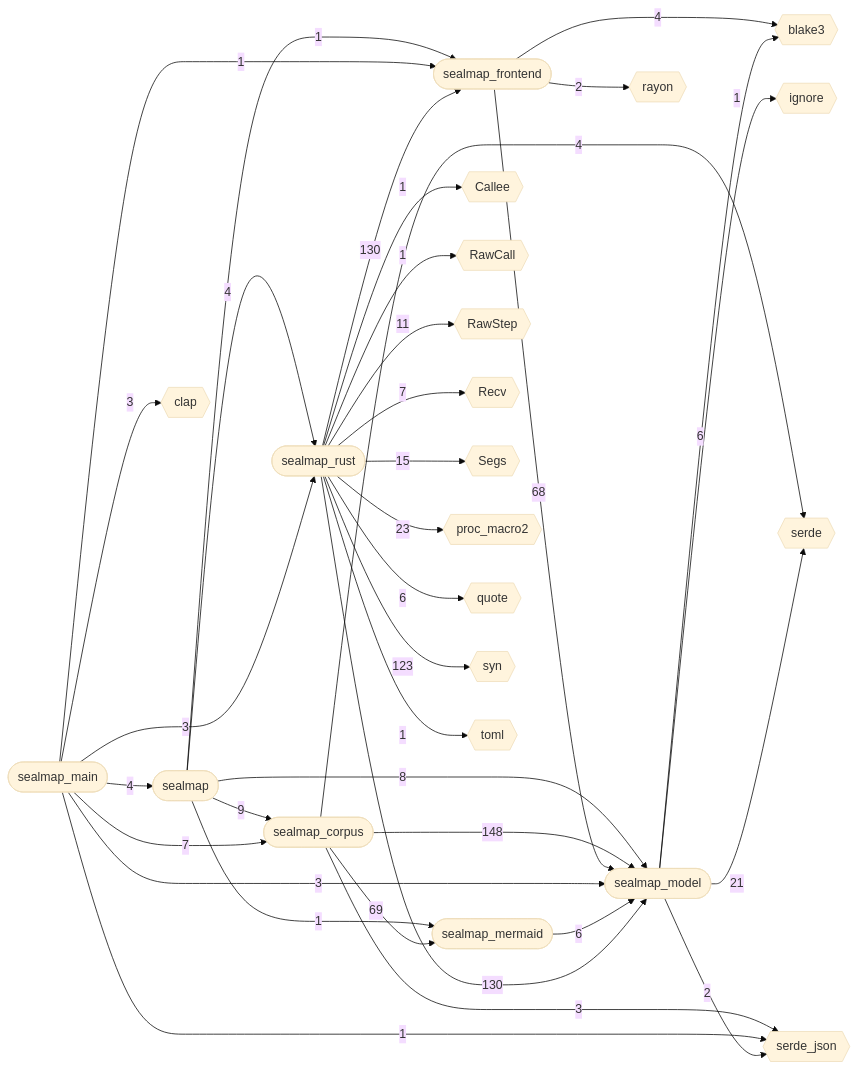
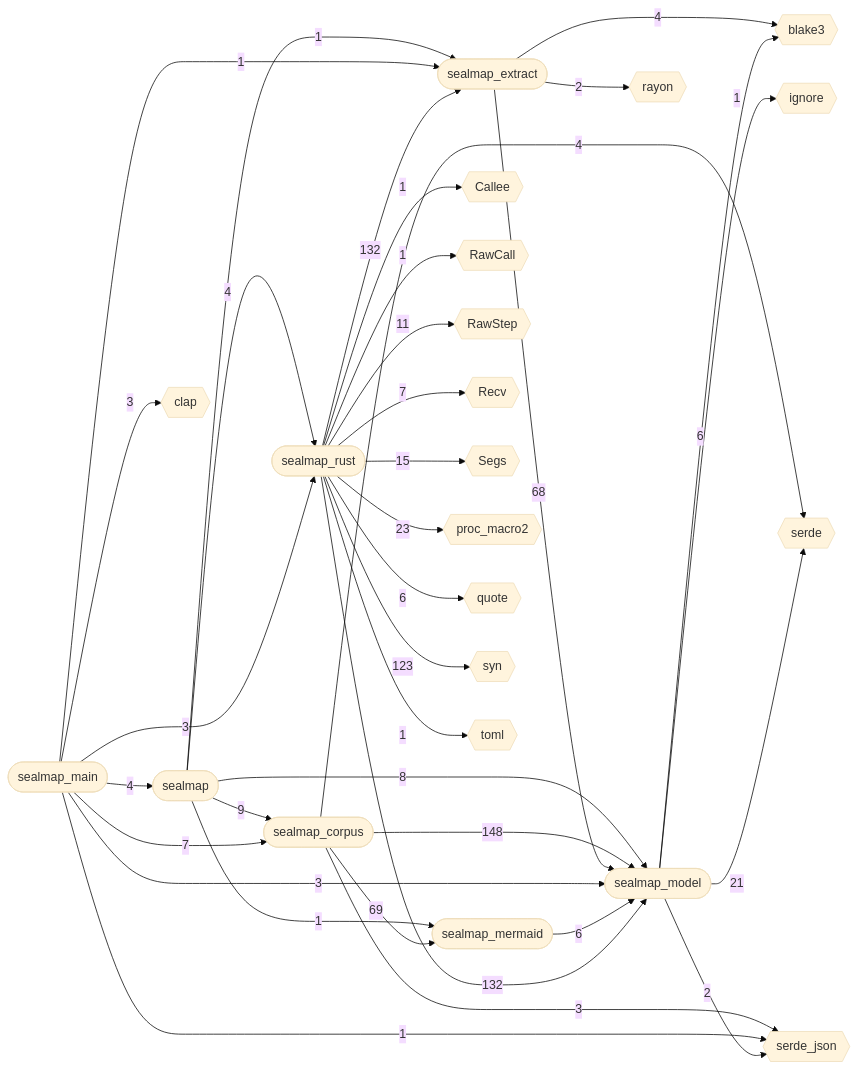
The first of 12 diagrams in docs/sealmap/_overview.md (DreamLab-AI/codemaid), drawn with Mermaid (base theme) before and after one commit. The commit also changed other lines of this file and 29 other files, not shown here.

````diff
--- a/docs/sealmap/_overview.md
+++ b/docs/sealmap/_overview.md
@@ -10,60 +10,60 @@
 ```mermaid
 flowchart LR
   sealmap(["sealmap"])
   sealmap_corpus(["sealmap_corpus"])
-  sealmap_frontend(["sealmap_frontend"])
+  sealmap_extract(["sealmap_extract"])
   sealmap_main(["sealmap_main"])
   sealmap_mermaid(["sealmap_mermaid"])
   sealmap_model(["sealmap_model"])
   sealmap_rust(["sealmap_rust"])
   Callee{{"Callee"}}
   RawCall{{"RawCall"}}
   RawStep{{"RawStep"}}
   Recv{{"Recv"}}
   Segs{{"Segs"}}
   blake3{{"blake3"}}
   clap{{"clap"}}
   ignore{{"ignore"}}
   proc_macro2{{"proc_macro2"}}
   quote{{"quote"}}
   rayon{{"rayon"}}
   serde{{"serde"}}
   serde_json{{"serde_json"}}
   syn{{"syn"}}
   toml{{"toml"}}
   sealmap -->|"9"| sealmap_corpus
-  sealmap -->|"1"| sealmap_frontend
+  sealmap -->|"1"| sealmap_extract
   sealmap -->|"1"| sealmap_mermaid
   sealmap -->|"8"| sealmap_model
   sealmap -->|"4"| sealmap_rust
   sealmap_corpus -->|"69"| sealmap_mermaid
   sealmap_corpus -->|"148"| sealmap_model
   sealmap_corpus -->|"4"| serde
   sealmap_corpus -->|"3"| serde_json
-  sealmap_frontend -->|"4"| blake3
-  sealmap_frontend -->|"2"| rayon
-  sealmap_frontend -->|"68"| sealmap_model
+  sealmap_extract -->|"4"| blake3
+  sealmap_extract -->|"2"| rayon
+  sealmap_extract -->|"68"| sealmap_model
   sealmap_main -->|"3"| clap
   sealmap_main -->|"4"| sealmap
   sealmap_main -->|"7"| sealmap_corpus
-  sealmap_main -->|"1"| sealmap_frontend
+  sealmap_main -->|"1"| sealmap_extract
   sealmap_main -->|"3"| sealmap_model
   sealmap_main -->|"3"| sealmap_rust
   sealmap_main -->|"1"| serde_json
   sealmap_mermaid -->|"6"| sealmap_model
   sealmap_model -->|"6"| blake3
   sealmap_model -->|"1"| ignore
   sealmap_model -->|"21"| serde
   sealmap_model -->|"2"| serde_json
   sealmap_rust -->|"1"| Callee
   sealmap_rust -->|"1"| RawCall
   sealmap_rust -->|"11"| RawStep
   sealmap_rust -->|"7"| Recv
   sealmap_rust -->|"15"| Segs
   sealmap_rust -->|"23"| proc_macro2
   sealmap_rust -->|"6"| quote
-  sealmap_rust -->|"130"| sealmap_frontend
-  sealmap_rust -->|"130"| sealmap_model
+  sealmap_rust -->|"132"| sealmap_extract
+  sealmap_rust -->|"132"| sealmap_model
   sealmap_rust -->|"123"| syn
   sealmap_rust -->|"1"| toml
 ```
````
